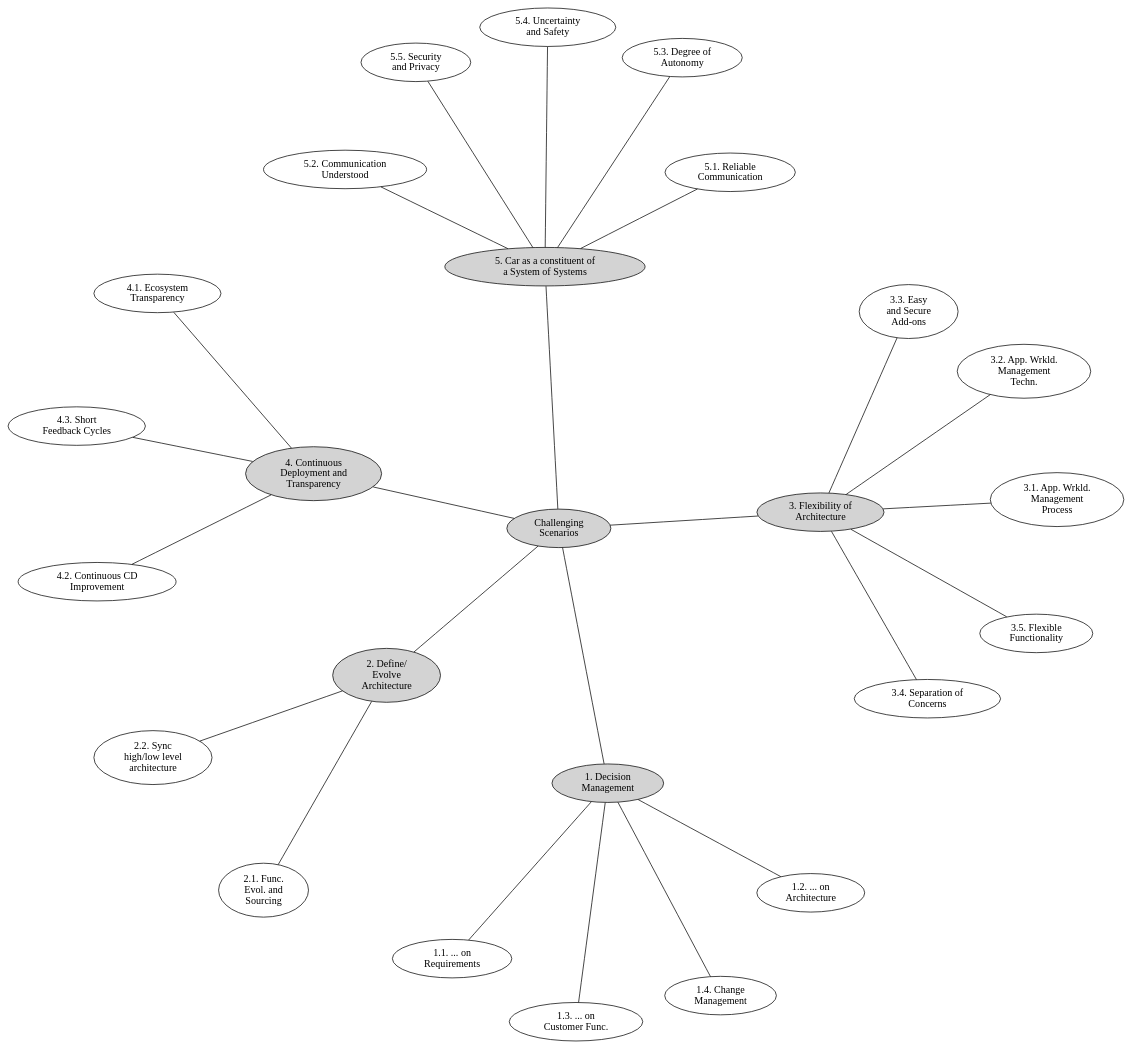
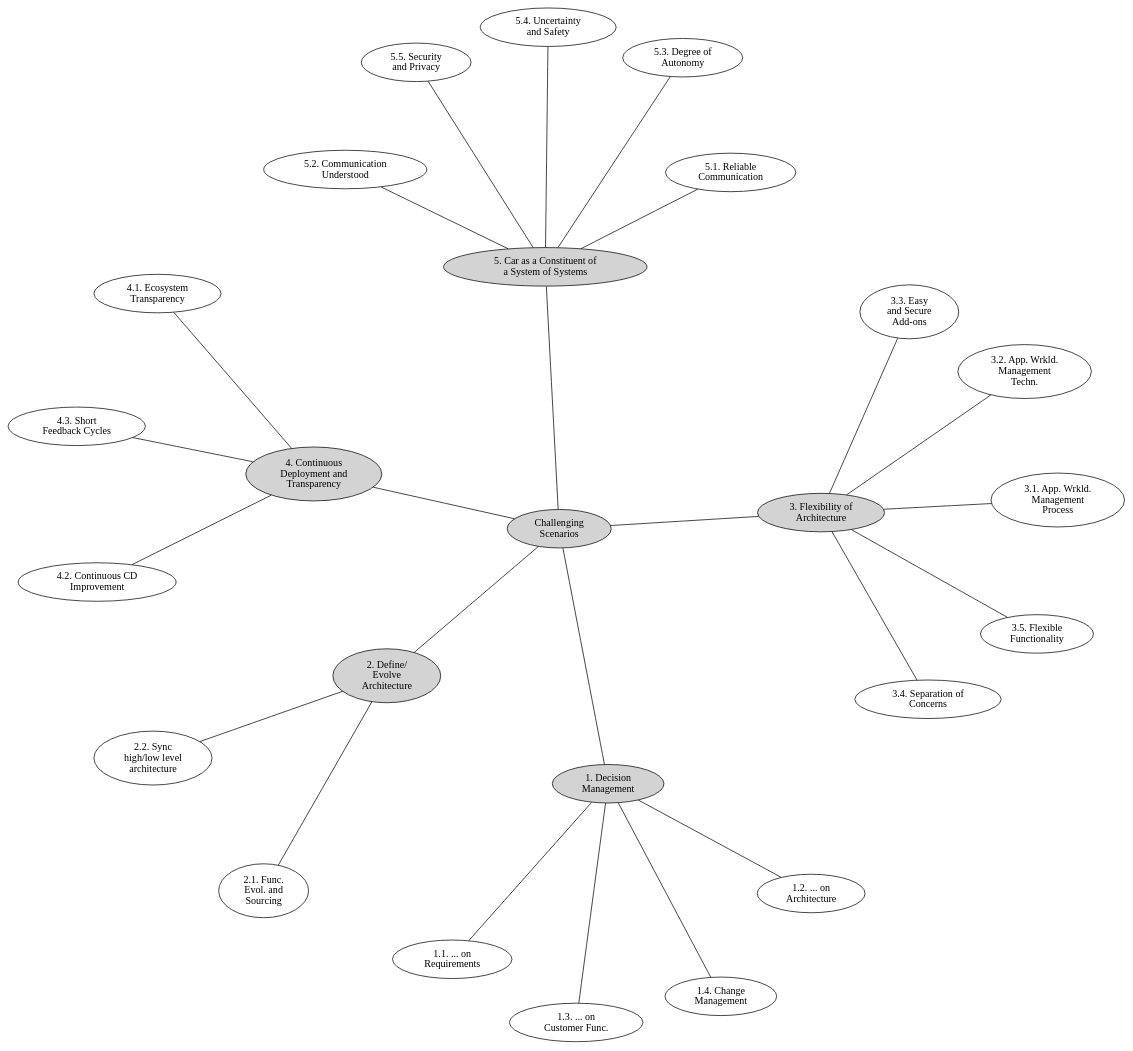
Before and after one commit to PatrizioPelliccione/WasaJournal: the diagram in figures/use_cases.dot, drawn with Graphviz.

Commit message:
Neato-based tweak.

```diff
--- a/figures/use_cases.dot
+++ b/figures/use_cases.dot
@@ -1,79 +1,80 @@
 graph UseCases {
   layout=neato;
   overlap=false;
   splines=true;
+  edge [len=0.5];
 
   {
     node [style=filled];
     node [label="Challenging\nScenarios"] root;
     node [label="1. Decision\nManagement"] s1;
     node [label="2. Define/\nEvolve\nArchitecture"] s2;
     node [label="3. Flexibility of\nArchitecture"] s3;
     node [label="4. Continuous\nDeployment and\nTransparency"] s4;
-    node [label="5. Car as a constituent of\na System of Systems"] sos;
+    node [label="5. Car as a Constituent of\na System of Systems"] sos;
 
     root -- s1;
     root -- s2;
     root -- s3;
     root -- s4;
     root -- sos;
   }
 
   { // 1.*
     node [label="1.1. ... on\nRequirements"] s11;
     node [label="1.2. ... on\nArchitecture"] s12;
     node [label="1.3. ... on\nCustomer Func."] s13;
     node [label="1.4. Change\nManagement"] s14;
 
     s1 -- s11;
     s1 -- s12;
     s1 -- s13;
     s1 -- s14;
   }
 
   { // 2.*
     node [label="2.1. Func.\nEvol. and\nSourcing"] s21;
     node [label="2.2. Sync\nhigh/low level\narchitecture"] s22;
 
     s2 -- s21;
     s2 -- s22;
   }
 
   { // 3.*
     node [label="3.1. App. Wrkld.\nManagement\nProcess"] s31;
     node [label="3.2. App. Wrkld.\nManagement\nTechn."] s32;
     node [label="3.3. Easy\nand Secure\nAdd-ons"] s33;
     node [label="3.4. Separation of\nConcerns"] s34;
     node [label="3.5. Flexible\nFunctionality"] s35;
 
     s3 -- s31;
     s3 -- s32;
     s3 -- s33;
     s3 -- s34;
     s3 -- s35;
   }
 
   { // 4.*
     node [label="4.1. Ecosystem\nTransparency"] s41;
     node [label="4.2. Continuous CD\nImprovement"] s42;
     node [label="4.3. Short\nFeedback Cycles"] s43;
 
     s4 -- s41;
     s4 -- s42;
     s4 -- s43;
   }
 
   { // 5.*
     node [label="5.1. Reliable\nCommunication"] sos1;
     node [label="5.2. Communication\nUnderstood"] sos2;
     node [label="5.3. Degree of\nAutonomy"] sos3;
     node [label="5.4. Uncertainty\nand Safety"] sos4;
     node [label="5.5. Security\nand Privacy"] sos5;
 
     sos -- sos1;
     sos -- sos2;
     sos -- sos3;
     sos -- sos4;
     sos -- sos5;
   }
 }
```
